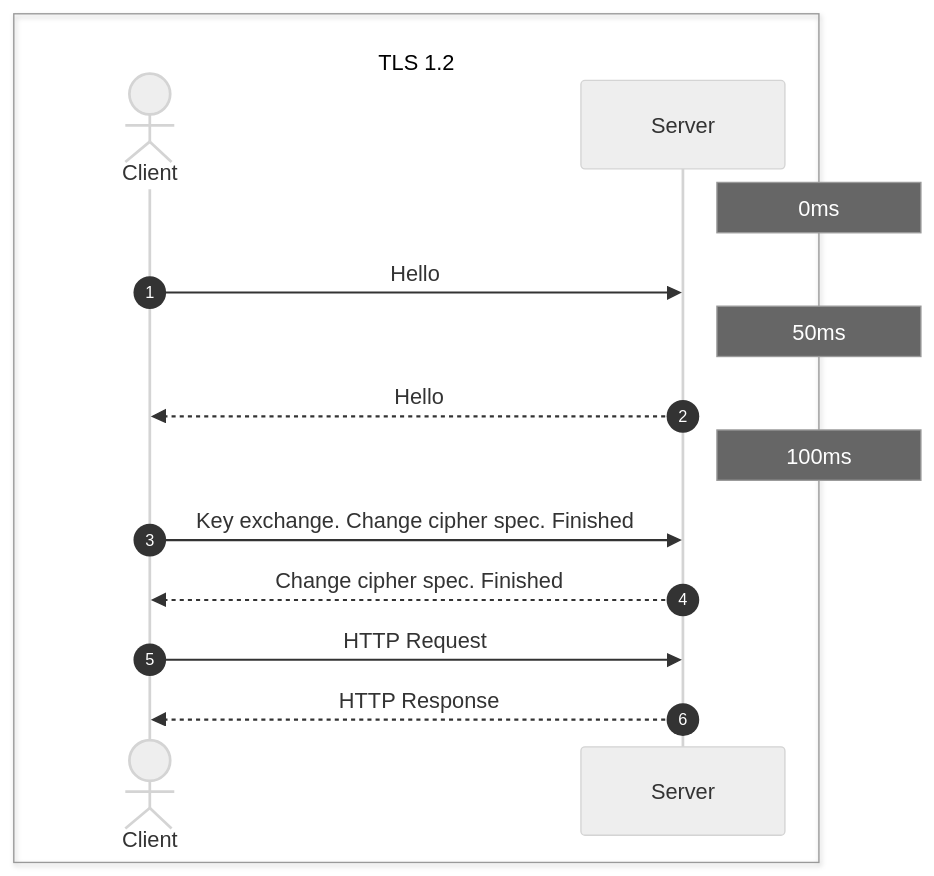
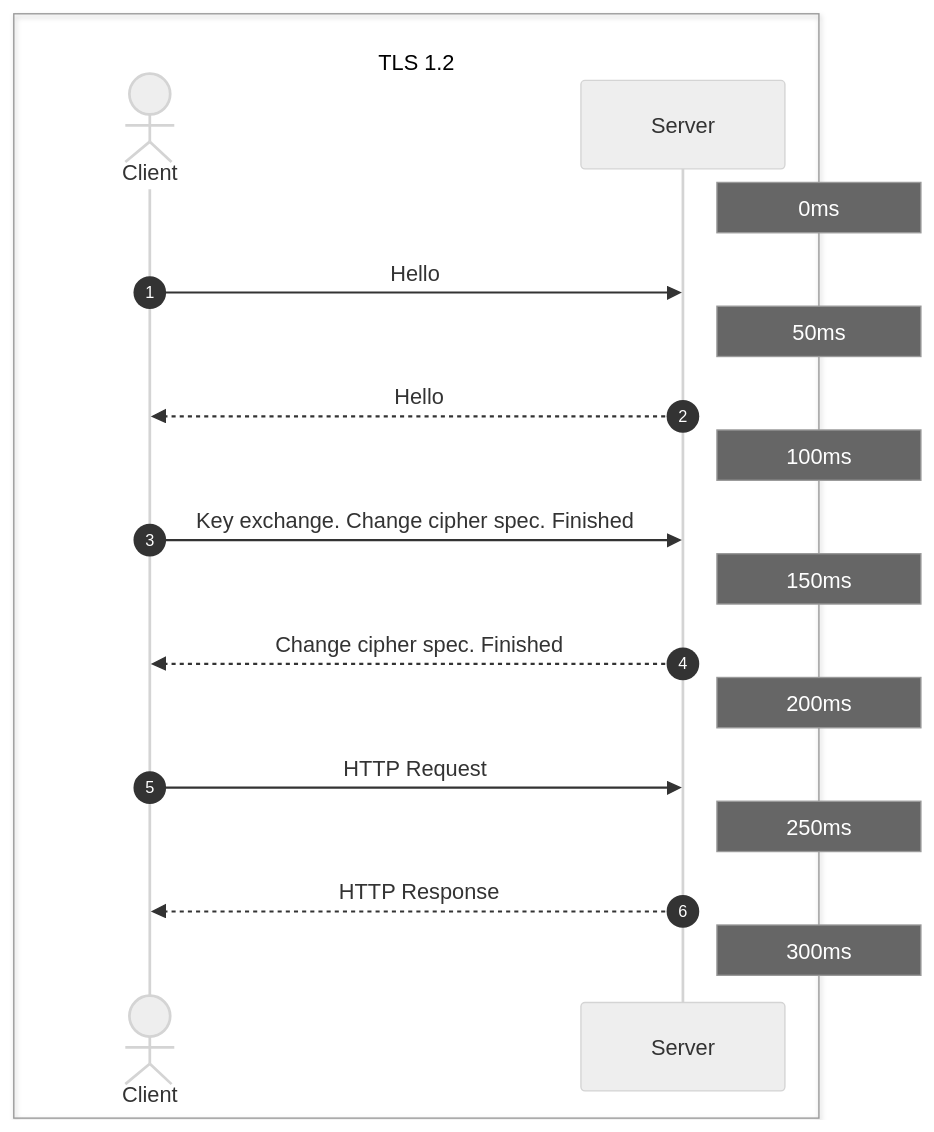
The first of 2 diagrams in tls_1.3.md (jtaverne/ovh), drawn with Mermaid before and after one commit.

````diff
--- a/tls_1.3.md
+++ b/tls_1.3.md
@@ -11,20 +11,24 @@
 ```mermaid
 %%{init: {'theme': 'neutral' } }%%
 sequenceDiagram
 autonumber
 box transparent <br/>TLS 1.2
     actor Client
     participant Server
 end
 Note right of Server: 0ms
 Client ->> Server : Hello
 Note right of Server: 50ms
 Server -->> Client : Hello
 Note right of Server: 100ms
 Client ->> Server : Key exchange. Change cipher spec. Finished
+Note right of Server: 150ms
 Server -->> Client : Change cipher spec. Finished
+Note right of Server: 200ms
 Client ->> Server : HTTP Request
+Note right of Server: 250ms
 Server -->> Client : HTTP Response
+Note right of Server: 300ms
 
 
 ```
````
